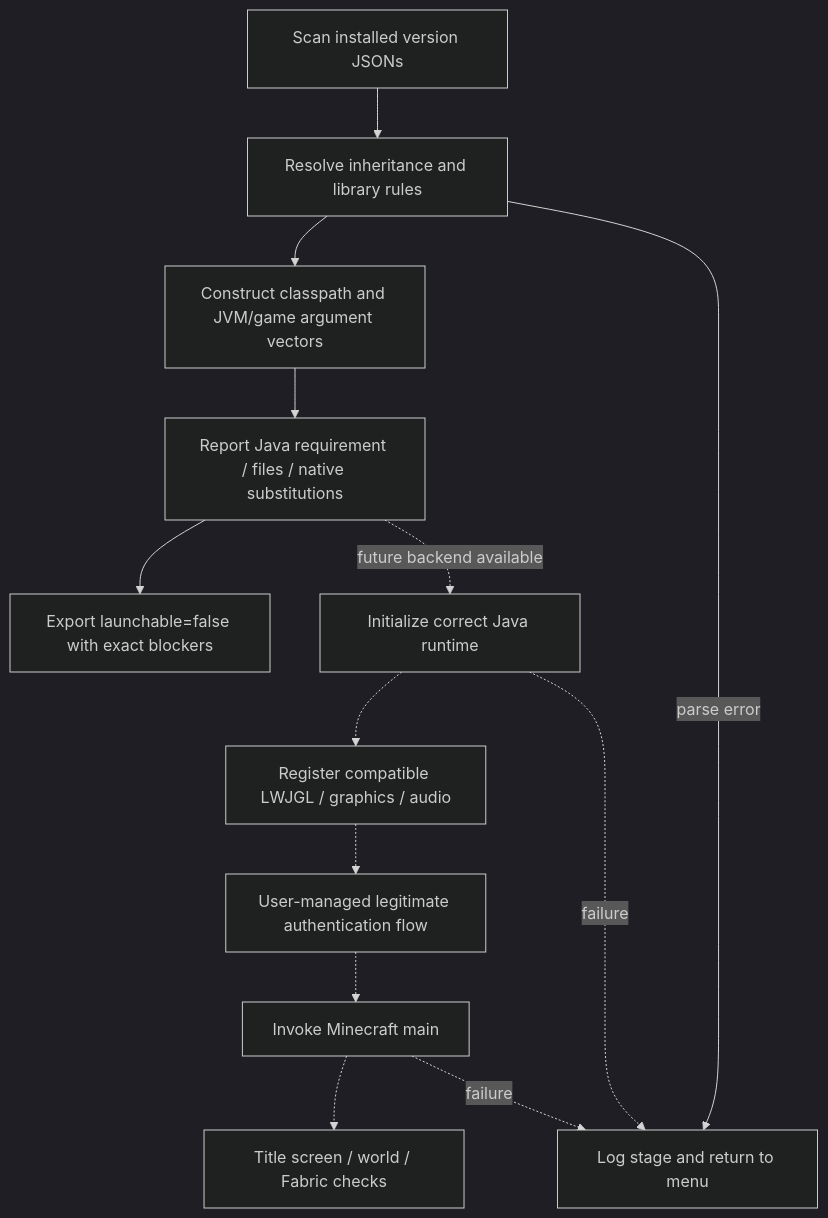
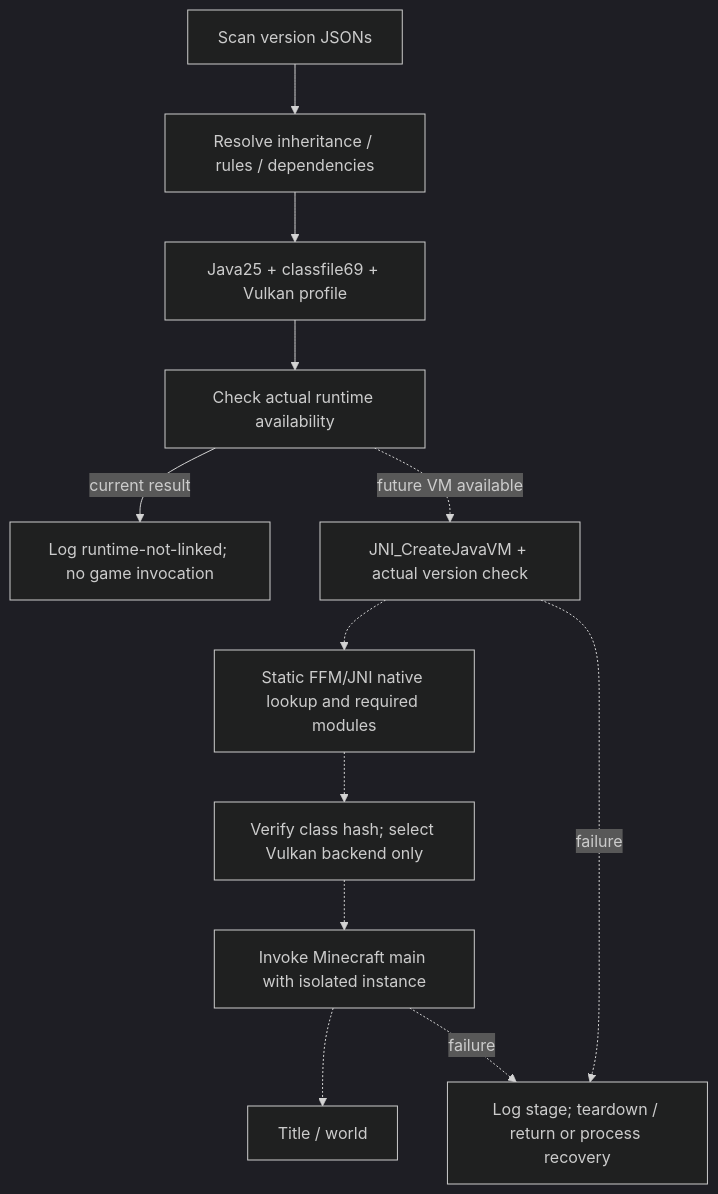
Before and after one commit to a1c7e0/switchcraft: the third of 3 diagrams in docs/ARCHITECTURE.md, drawn with Mermaid (dark theme). The commit also changed other lines of this file and 20 other files, not shown here.

Commit message:
docs: publish honest snapshot-6 architecture build hardware plan and delivery packaging

````diff
--- a/docs/ARCHITECTURE.md
+++ b/docs/ARCHITECTURE.md
@@ -119,15 +67,14 @@
 ```mermaid
 flowchart TD
-  S[Scan installed version JSONs] --> R[Resolve inheritance and library rules]
-  R --> C[Construct classpath and JVM/game argument vectors]
-  C --> CHECK[Report Java requirement / files / native substitutions]
-  CHECK --> BLOCK[Export launchable=false with exact blockers]
-  CHECK -. future backend available .-> START[Initialize correct Java runtime]
-  START -.-> NATIVE[Register compatible LWJGL / graphics / audio]
-  NATIVE -.-> AUTH[User-managed legitimate authentication flow]
-  AUTH -.-> MAIN[Invoke Minecraft main]
-  MAIN -.-> TITLE[Title screen / world / Fabric checks]
-  R -->|parse error| ERR[Log stage and return to menu]
-  START -. failure .-> ERR
-  MAIN -. failure .-> ERR
+  SCAN[Scan version JSONs] --> RESOLVE[Resolve inheritance / rules / dependencies]
+  RESOLVE --> REQUIRE[Java25 + classfile69 + Vulkan profile]
+  REQUIRE --> GATE[Check actual runtime availability]
+  GATE -->|current result| BLOCK[Log runtime-not-linked; no game invocation]
+  GATE -. future VM available .-> CREATE[JNI_CreateJavaVM + actual version check]
+  CREATE -.-> MODULES[Static FFM/JNI native lookup and required modules]
+  MODULES -.-> PATCH[Verify class hash; select Vulkan backend only]
+  PATCH -.-> MAIN[Invoke Minecraft main with isolated instance]
+  MAIN -.-> TITLE[Title / world]
+  CREATE -. failure .-> ERROR[Log stage; teardown / return or process recovery]
+  MAIN -. failure .-> ERROR
 ```
````
